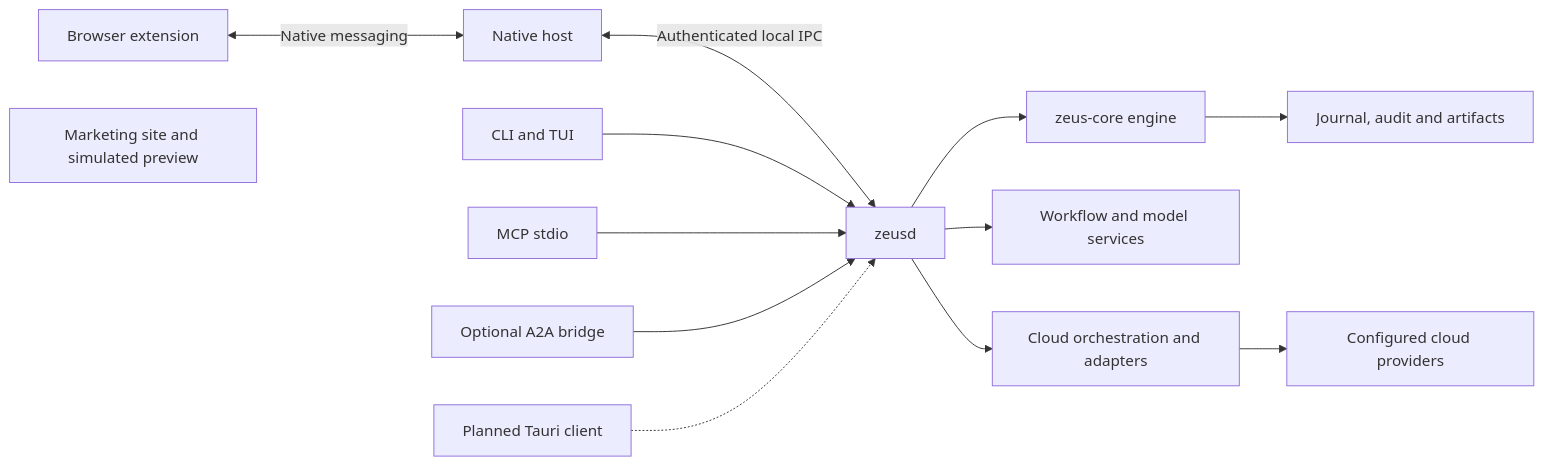
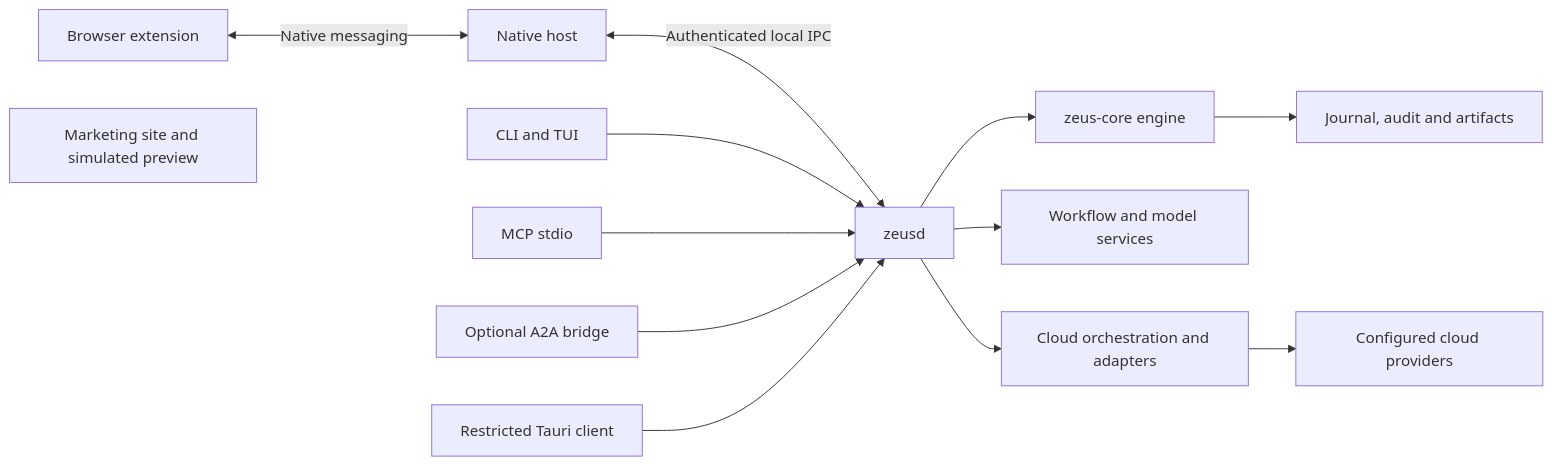
One commit to ArefinAlter/zeus changed the diagram in docs/PROJECT_HANDOFF.md. Above: the diagram before and after it, drawn with Mermaid. The commit also changed other lines of this file and 70 other files, not shown here.

Commit message:
feat: add approval and artifact lifecycle with a restricted desktop client

````diff
--- a/docs/PROJECT_HANDOFF.md
+++ b/docs/PROJECT_HANDOFF.md
@@ -42,15 +50,15 @@
 ```mermaid
 flowchart LR
   B[Browser extension] <-->|Native messaging| N[Native host]
   N <-->|Authenticated local IPC| D[zeusd]
   C[CLI and TUI] --> D
   M[MCP stdio] --> D
   A[Optional A2A bridge] --> D
-  G[Planned Tauri client] -.-> D
+  G[Restricted Tauri client] --> D
   D --> E[zeus-core engine]
   D --> W[Workflow and model services]
   D --> CL[Cloud orchestration and adapters]
   E --> J[Journal, audit and artifacts]
   CL --> P[Configured cloud providers]
   S[Marketing site and simulated preview]
 ```
````
